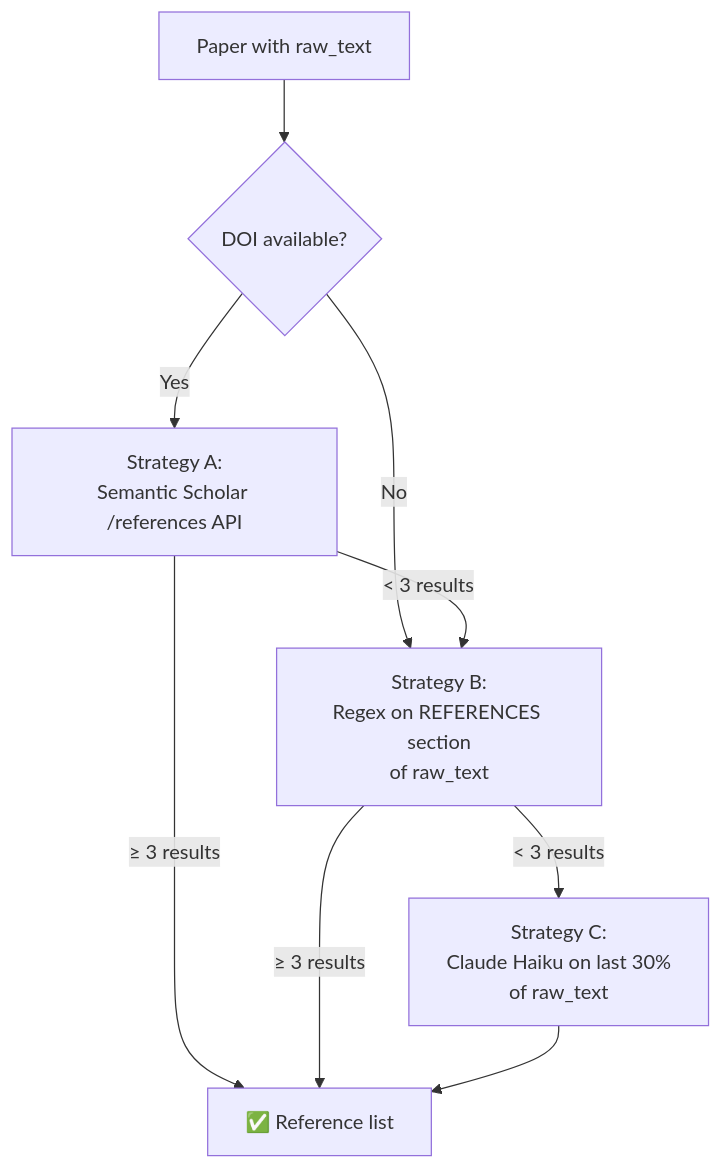
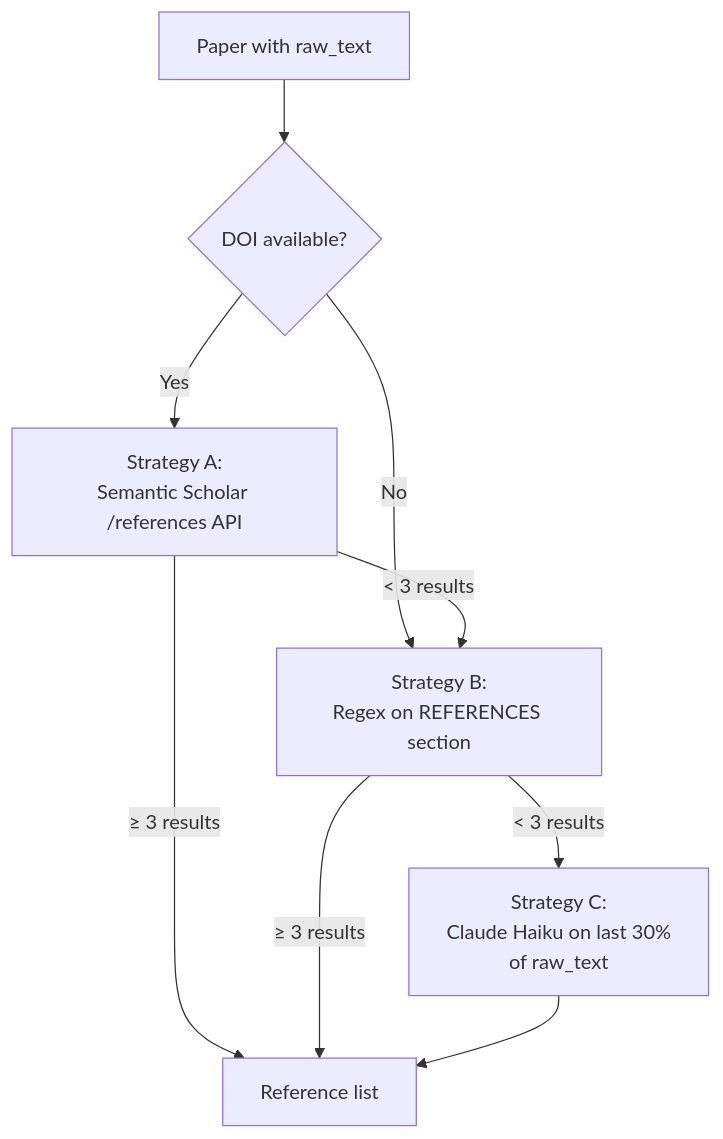
The fifth of 14 diagrams in docs/technical/ai-pipelines.md (NiklasAbraham/PaperManager), drawn with Mermaid before and after one commit. The commit also changed other lines of this file and 43 other files, not shown here.

````diff
--- a/docs/technical/ai-pipelines.md
+++ b/docs/technical/ai-pipelines.md
@@ -114,11 +106,11 @@
 ```mermaid
 flowchart TD
     Start["Paper with raw_text"] --> A{DOI available?}
     A -->|"Yes"| S2["Strategy A:\nSemantic Scholar /references API"]
-    A -->|"No"| B["Strategy B:\nRegex on REFERENCES section\nof raw_text"]
+    A -->|"No"| B["Strategy B:\nRegex on REFERENCES section"]
     S2 -->|"< 3 results"| B
     B -->|"< 3 results"| Claude["Strategy C:\nClaude Haiku on last 30%\nof raw_text"]
-    S2 -->|"≥ 3 results"| Done["✅ Reference list"]
+    S2 -->|"≥ 3 results"| Done["Reference list"]
     B -->|"≥ 3 results"| Done
     Claude --> Done
 ```
````
